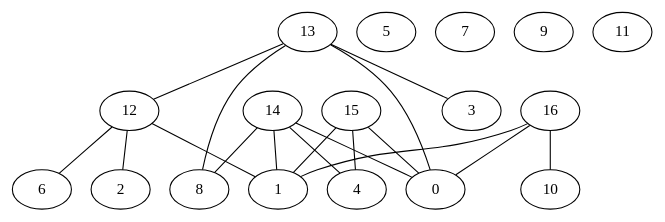
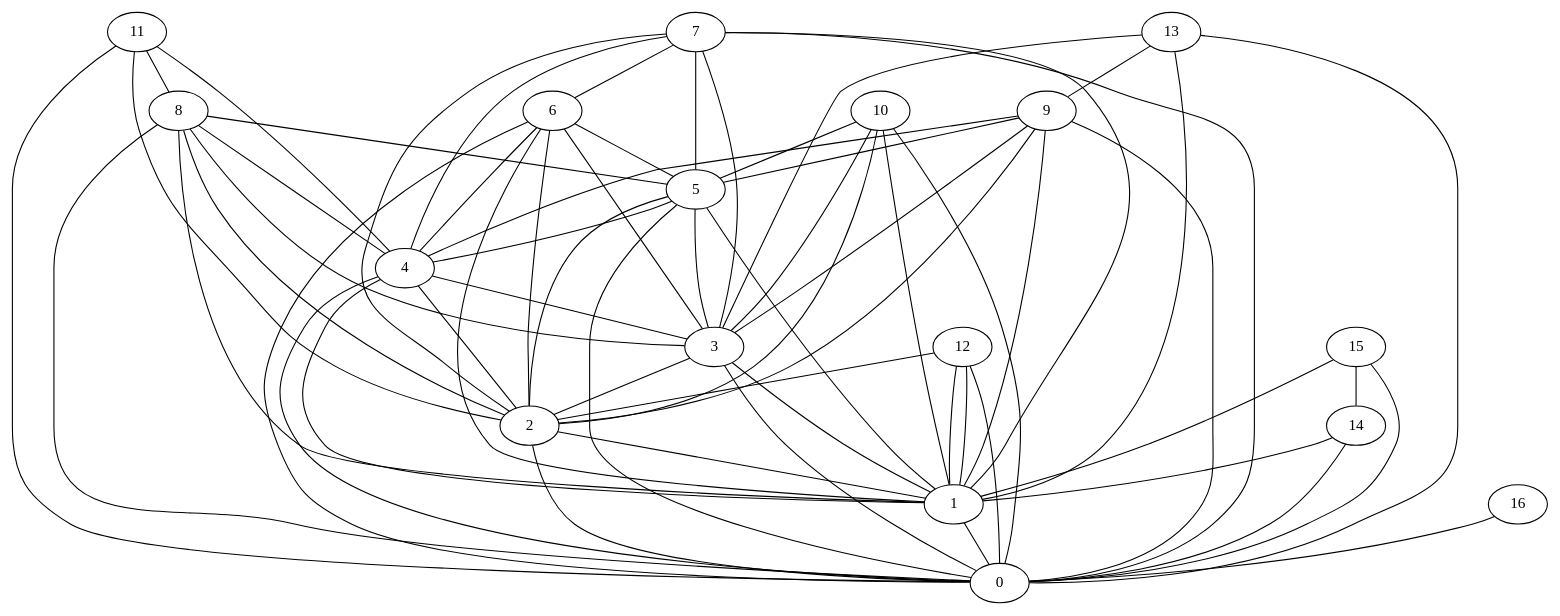
Before and after one commit to denizsurmeli/random-graph-generator: the diagram in feeds/out/O-9-17-17-SA.dot, drawn with Graphviz. The commit also changed 688 other files, not shown here.

```diff
--- a/feeds/out/O-9-17-17-SA.dot
+++ b/feeds/out/O-9-17-17-SA.dot
@@ -1,36 +1,82 @@
 graph G {
 0;
 1;
 2;
 3;
 4;
 5;
 6;
 7;
 8;
 9;
 10;
 11;
 12;
 13;
 14;
 15;
 16;
-16--1 ;
-16--10 ;
 16--0 ;
-15--4 ;
 15--1 ;
+15--14 ;
 15--0 ;
 14--1 ;
-14--4 ;
-14--8 ;
 14--0 ;
-13--12 ;
+13--9 ;
 13--3 ;
-13--8 ;
+13--1 ;
 13--0 ;
+12--0 ;
+12--1 ;
+12--1 ;
 12--2 ;
-12--6 ;
-12--1 ;
+11--8 ;
+11--4 ;
+11--0 ;
+11--2 ;
+10--1 ;
+10--5 ;
+10--2 ;
+10--3 ;
+10--0 ;
+9--0 ;
+9--4 ;
+9--5 ;
+9--1 ;
+9--2 ;
+9--3 ;
+8--5 ;
+8--0 ;
+8--3 ;
+8--1 ;
+8--2 ;
+8--4 ;
+7--5 ;
+7--0 ;
+7--1 ;
+7--2 ;
+7--6 ;
+7--4 ;
+7--3 ;
+6--5 ;
+6--4 ;
+6--2 ;
+6--0 ;
+6--1 ;
+6--3 ;
+5--0 ;
+5--1 ;
+5--4 ;
+5--3 ;
+5--2 ;
+4--3 ;
+4--1 ;
+4--0 ;
+4--2 ;
+3--1 ;
+3--0 ;
+3--2 ;
+2--1 ;
+2--0 ;
+1--0 ;
 }
```
